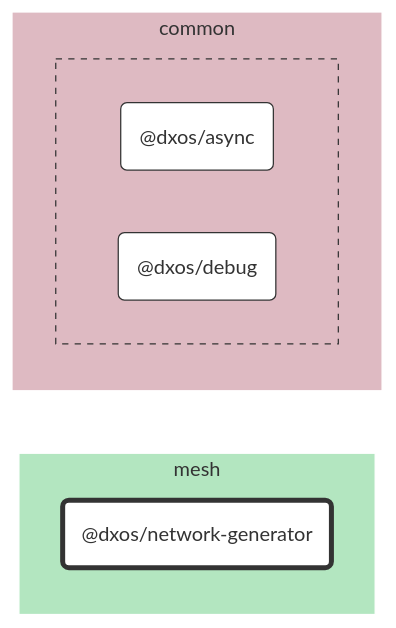
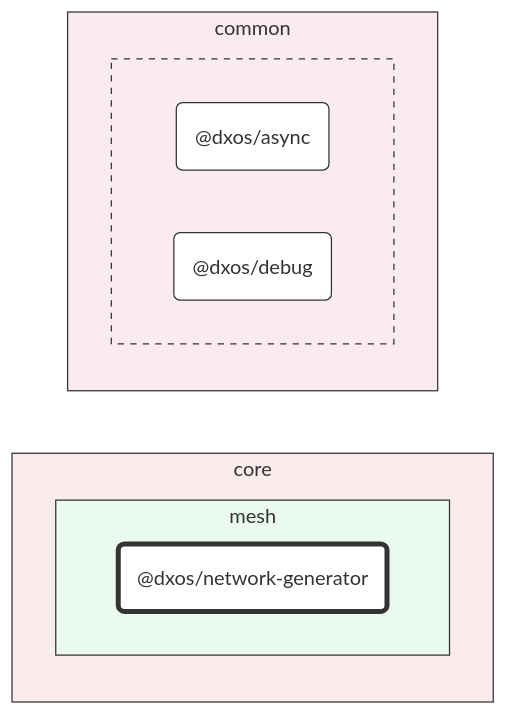
Before and after one commit to dxos/dxos: the diagram in packages/core/mesh/network-generator/docs/README.md, drawn with Mermaid. The commit also changed 93 other files, not shown here.

First line of the commit message:
chore: hierarchical graphs. (#1583)

````diff
--- a/packages/core/mesh/network-generator/docs/README.md
+++ b/packages/core/mesh/network-generator/docs/README.md
@@ -7,32 +7,36 @@
 ```mermaid
 %%{ init: {'flowchart':{'curve':'basis'}} }%%
 
 flowchart LR
 
 %% Classes
 classDef def fill:#fff,stroke:#333,stroke-width:1px
 classDef root fill:#fff,stroke:#333,stroke-width:4px
 
 %% Nodes
 
-subgraph mesh [mesh]
-  style mesh fill:#b3e6c0,stroke:#fff
-  dxos/network-generator("@dxos/network-generator"):::root
-  click dxos/network-generator "dxos/dxos/tree/main/packages/core/mesh/network-generator/docs"
+subgraph core [core]
+  style core fill:#faebec,stroke:#333
+
+  subgraph mesh [mesh]
+    style mesh fill:#ebfaef,stroke:#333
+    dxos/network-generator("@dxos/network-generator"):::root
+    click dxos/network-generator "dxos/dxos/tree/main/packages/core/mesh/network-generator/docs"
+  end
 end
 
 subgraph common [common]
-  style common fill:#debac2,stroke:#fff
+  style common fill:#faebee,stroke:#333
 
-  subgraph common-excluded [ ]
-    style common-excluded fill:#debac2,stroke:#333,stroke-dasharray:5 5
+  subgraph _ [ ]
+    style _ fill:#faebee,stroke:#333,stroke-dasharray:5 5
     dxos/async("@dxos/async"):::def
     click dxos/async "dxos/dxos/tree/main/packages/common/async/docs"
     dxos/debug("@dxos/debug"):::def
     click dxos/debug "dxos/dxos/tree/main/packages/common/debug/docs"
   end
 end
 
 %% Links
 linkStyle default stroke:#333,stroke-width:1px
 ```
````
